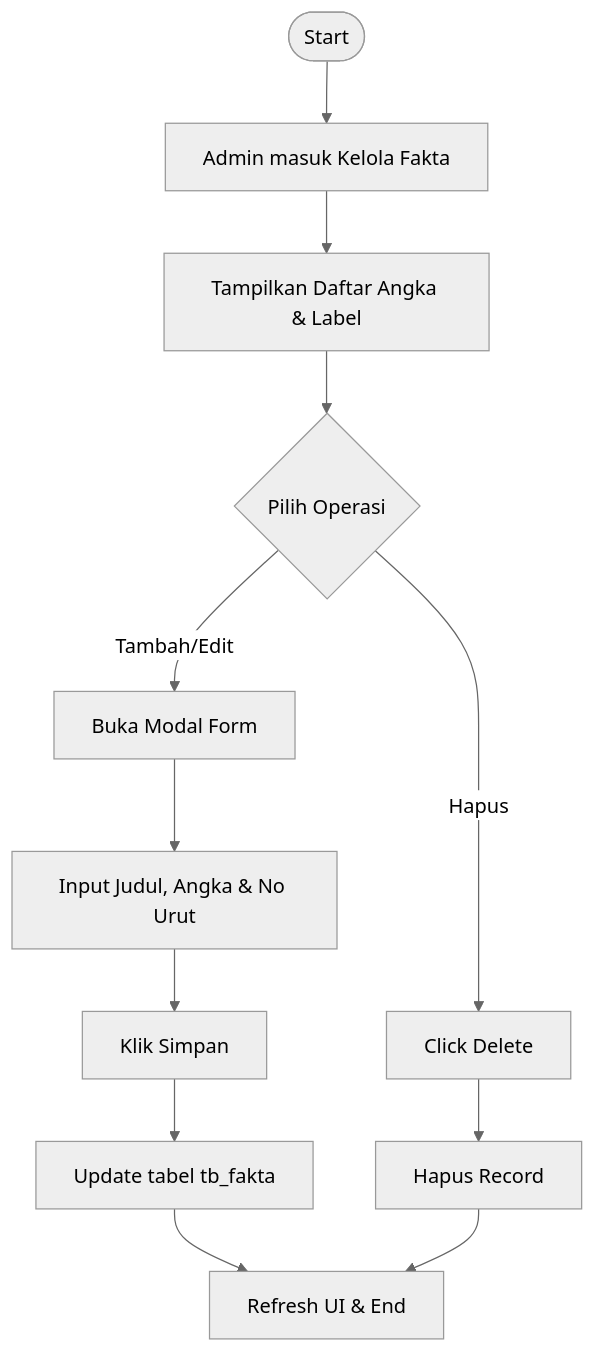
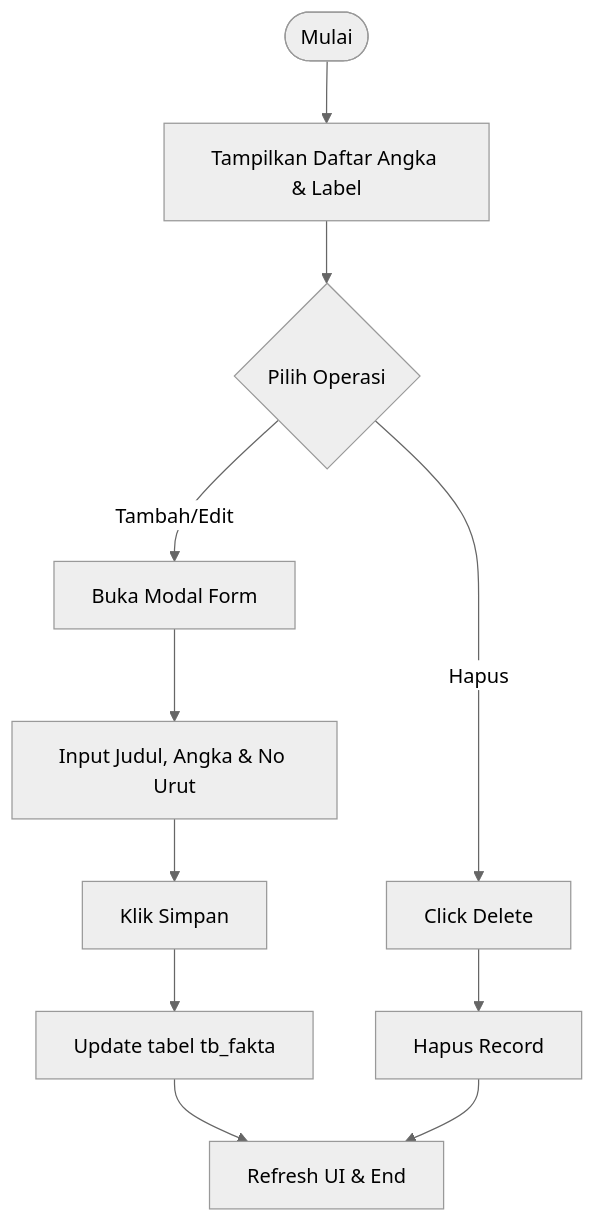
One commit to arbain-dev/Web_fikom changed the fourth of 5 diagrams in docs/activity_diagram_profil.md. Above: the diagram before and after it, drawn with Mermaid (neutral theme). The commit also changed other lines of this file and 7 other files, not shown here.

Commit message:
docs: standarisasi semua awal flowchart diagram menjadi 'Mulai'

````diff
--- a/docs/activity_diagram_profil.md
+++ b/docs/activity_diagram_profil.md
@@ -94,17 +92,16 @@
 ```mermaid
 flowchart TD
-    Start([Start]) --> OpenFakta[Admin masuk Kelola Fakta]
-    OpenFakta --> Table[Tampilkan Daftar Angka & Label]
+    Mulai([Mulai]) --> Table[Tampilkan Daftar Angka & Label]
     
     Table --> CRUD{Pilih Operasi}
     CRUD -- "Tambah/Edit" --> Modal[Buka Modal Form]
     Modal --> Input[Input Judul, Angka & No Urut]
     Input --> Save[Klik Simpan]
     Save --> DBUpdate[Update tabel tb_fakta]
     
     CRUD -- "Hapus" --> Del[Click Delete]
     Del --> DBDelete[Hapus Record]
     
     DBUpdate --> Finish[Refresh UI & End]
     DBDelete --> Finish
 ```
````
